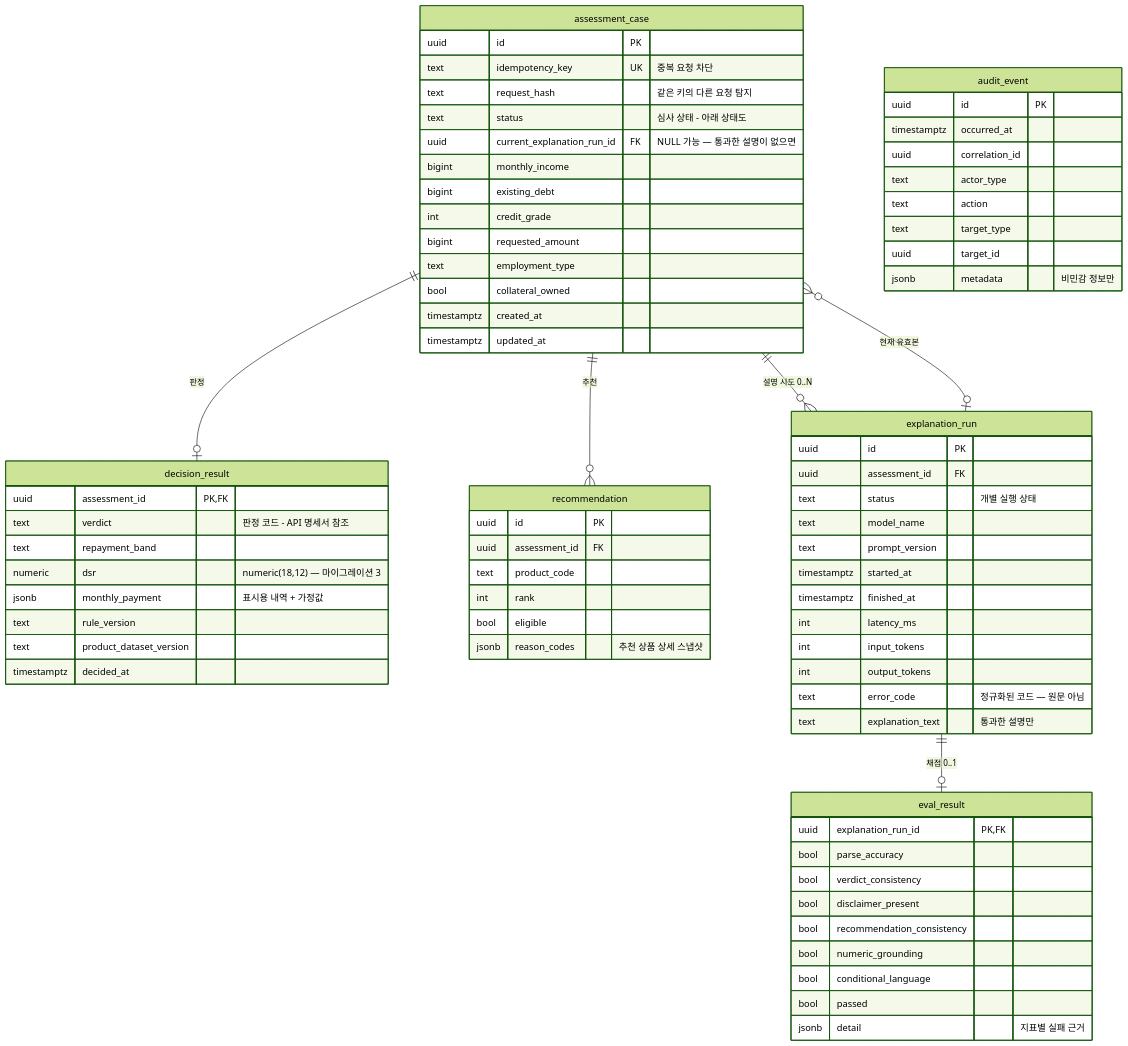
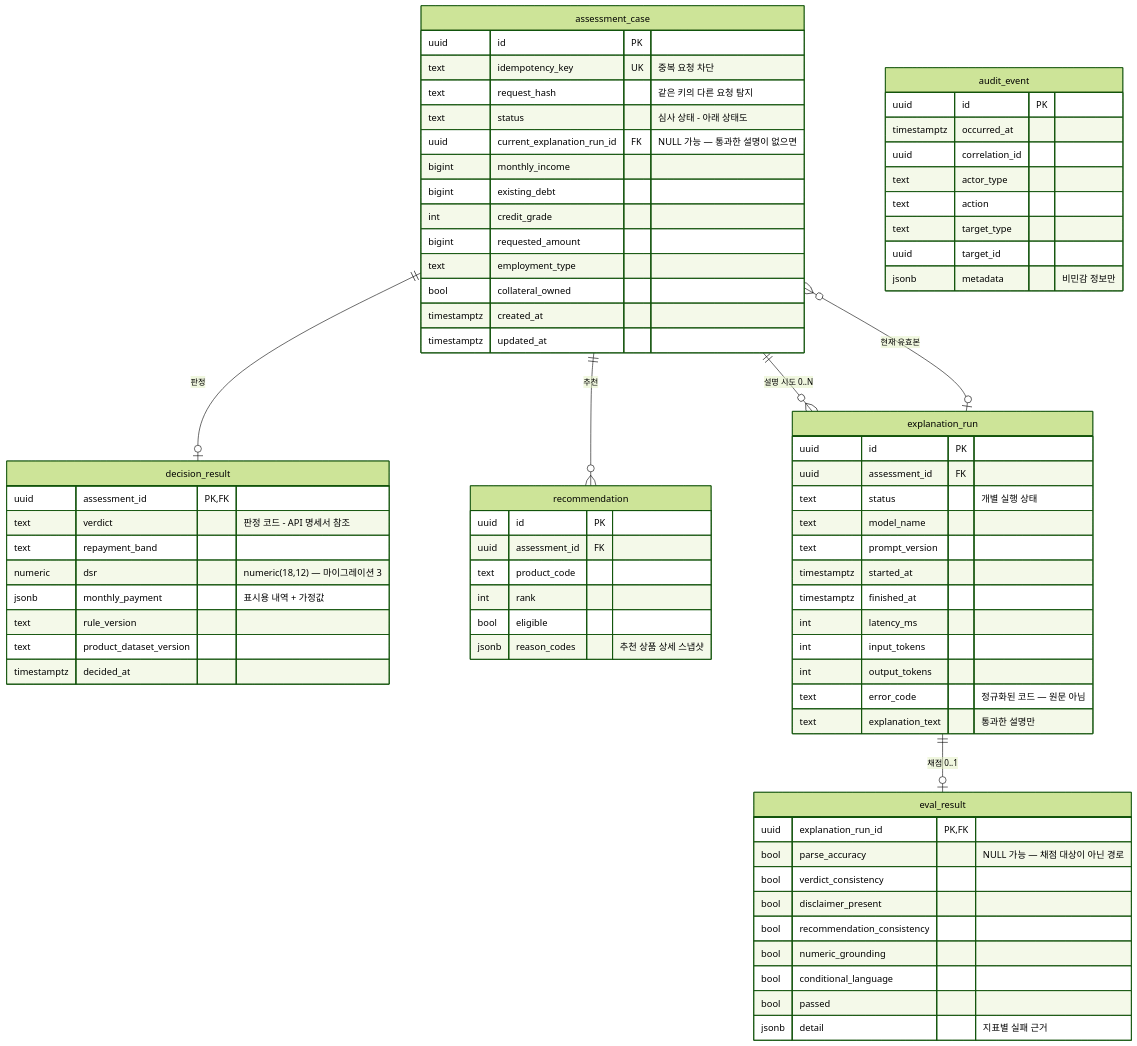
The first of 3 diagrams in docs/데이터모델.md (Gwangdev/loan-suitability-agent), drawn with Mermaid (forest theme) before and after one commit. The commit also changed other lines of this file and 9 other files, not shown here.

````diff
--- a/docs/데이터모델.md
+++ b/docs/데이터모델.md
@@ -22,77 +22,77 @@
 ```mermaid
 erDiagram
     assessment_case ||--o| decision_result : "판정"
     assessment_case ||--o{ recommendation : "추천"
     assessment_case ||--o{ explanation_run : "설명 시도 0..N"
     assessment_case }o--o| explanation_run : "현재 유효본"
     explanation_run ||--o| eval_result : "채점 0..1"
 
     assessment_case {
         uuid id PK
         text idempotency_key UK "중복 요청 차단"
         text request_hash "같은 키의 다른 요청 탐지"
         text status "심사 상태 - 아래 상태도"
         uuid current_explanation_run_id FK "NULL 가능 — 통과한 설명이 없으면"
         bigint monthly_income
         bigint existing_debt
         int credit_grade
         bigint requested_amount
         text employment_type
         bool collateral_owned
         timestamptz created_at
         timestamptz updated_at
     }
     decision_result {
         uuid assessment_id PK, FK
         text verdict "판정 코드 - API 명세서 참조"
         text repayment_band
         numeric dsr "numeric(18,12) — 마이그레이션 3"
         jsonb monthly_payment "표시용 내역 + 가정값"
         text rule_version
         text product_dataset_version
         timestamptz decided_at
     }
     recommendation {
         uuid id PK
         uuid assessment_id FK
         text product_code
         int rank
         bool eligible
         jsonb reason_codes "추천 상품 상세 스냅샷"
     }
     explanation_run {
         uuid id PK
         uuid assessment_id FK
         text status "개별 실행 상태"
         text model_name
         text prompt_version
         timestamptz started_at
         timestamptz finished_at
         int latency_ms
         int input_tokens
         int output_tokens
         text error_code "정규화된 코드 — 원문 아님"
         text explanation_text "통과한 설명만"
     }
     eval_result {
         uuid explanation_run_id PK, FK
-        bool parse_accuracy
+        bool parse_accuracy "NULL 가능 — 채점 대상이 아닌 경로"
         bool verdict_consistency
         bool disclaimer_present
         bool recommendation_consistency
         bool numeric_grounding
         bool conditional_language
         bool passed
         jsonb detail "지표별 실패 근거"
     }
     audit_event {
         uuid id PK
         timestamptz occurred_at
         uuid correlation_id
         text actor_type
         text action
         text target_type
         uuid target_id
         jsonb metadata "비민감 정보만"
     }
 ```
````
